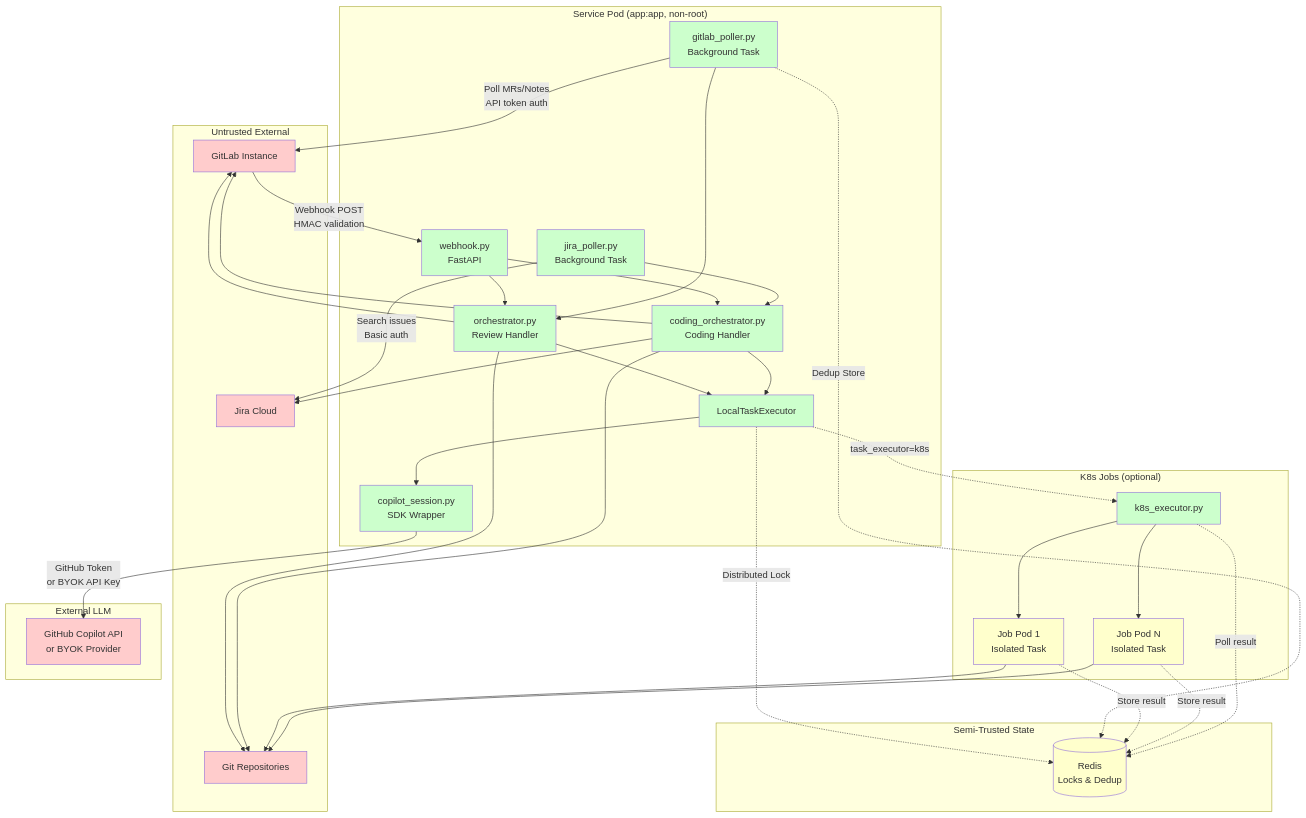
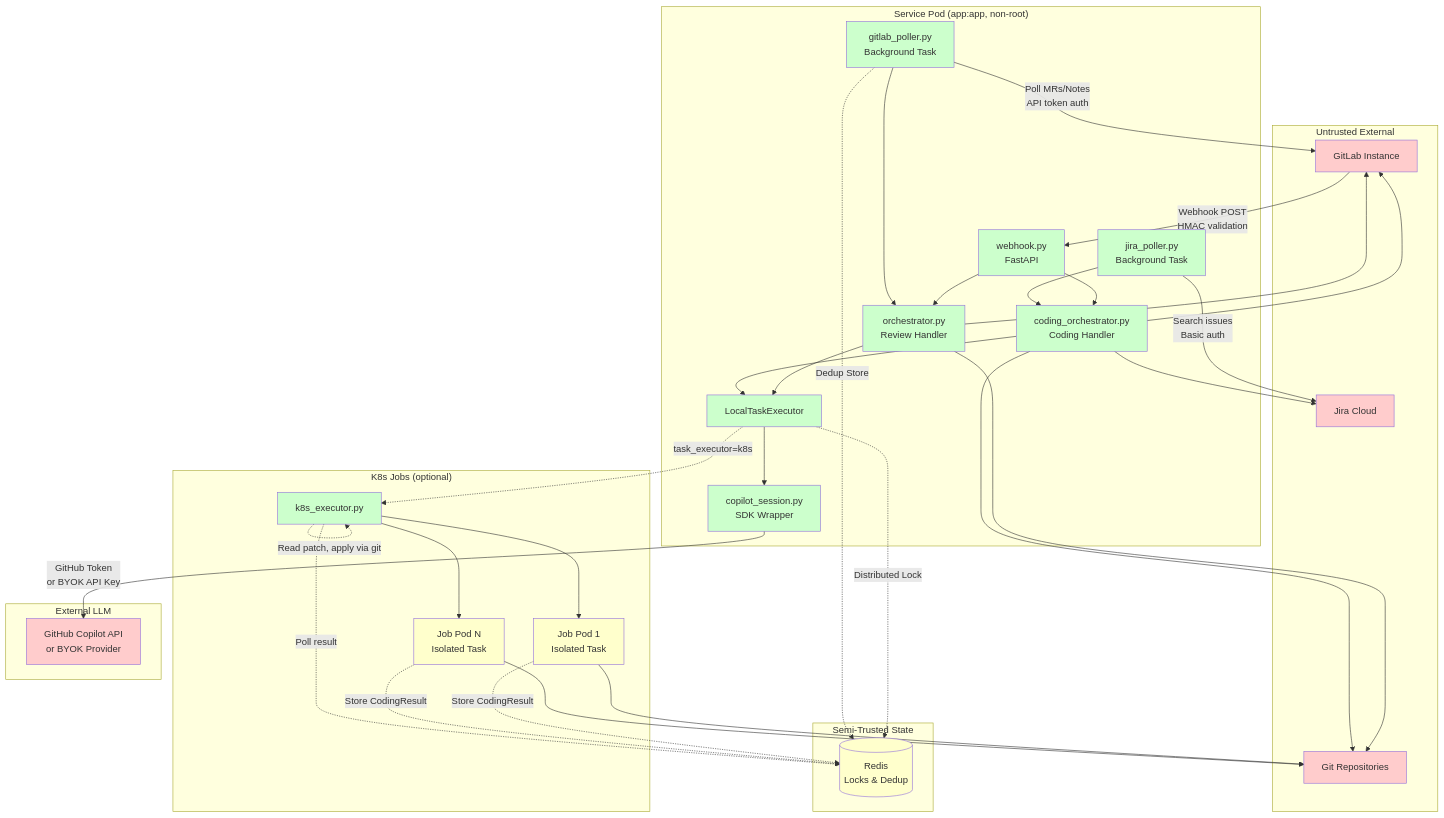
Before and after one commit to peteroden/gitlab-copilot-agent: the diagram in docs/wiki/architecture-overview.md, drawn with Mermaid. The commit also changed other lines of this file and 6 other files, not shown here.

````diff
--- a/docs/wiki/architecture-overview.md
+++ b/docs/wiki/architecture-overview.md
@@ -5,73 +5,74 @@
 ```mermaid
 graph TB
     subgraph "Untrusted External"
         GL[GitLab Instance]
         JIRA[Jira Cloud]
         REPO[Git Repositories]
     end
 
     subgraph "Service Pod (app:app, non-root)"
         WH[webhook.py<br/>FastAPI]
         GLP[gitlab_poller.py<br/>Background Task]
         JP[jira_poller.py<br/>Background Task]
         ORCH[orchestrator.py<br/>Review Handler]
         CODING[coding_orchestrator.py<br/>Coding Handler]
         EXEC[LocalTaskExecutor]
         COPILOT[copilot_session.py<br/>SDK Wrapper]
     end
 
     subgraph "Semi-Trusted State"
         REDIS[(Redis<br/>Locks & Dedup)]
     end
 
     subgraph "K8s Jobs (optional)"
         K8SEXEC[k8s_executor.py]
         JOB1[Job Pod 1<br/>Isolated Task]
         JOB2[Job Pod N<br/>Isolated Task]
     end
 
     subgraph "External LLM"
         GHAPI[GitHub Copilot API<br/>or BYOK Provider]
     end
 
     GL -->|Webhook POST<br/>HMAC validation| WH
     GLP -->|Poll MRs/Notes<br/>API token auth| GL
     JP -->|Search issues<br/>Basic auth| JIRA
 
     WH --> ORCH
     GLP --> ORCH
     WH --> CODING
     JP --> CODING
 
     ORCH --> EXEC
     CODING --> EXEC
     EXEC --> COPILOT
     
     COPILOT -->|GitHub Token<br/>or BYOK API Key| GHAPI
 
     ORCH --> GL
     CODING --> GL
     CODING --> JIRA
 
     EXEC -.->|Distributed Lock| REDIS
     GLP -.->|Dedup Store| REDIS
     
     EXEC -.->|task_executor=k8s| K8SEXEC
     K8SEXEC --> JOB1
     K8SEXEC --> JOB2
-    JOB1 -.->|Store result| REDIS
-    JOB2 -.->|Store result| REDIS
+    JOB1 -.->|Store CodingResult| REDIS
+    JOB2 -.->|Store CodingResult| REDIS
     K8SEXEC -.->|Poll result| REDIS
+    K8SEXEC -.->|Read patch, apply via git| K8SEXEC
 
     ORCH --> REPO
     CODING --> REPO
     JOB1 --> REPO
     JOB2 --> REPO
 
     classDef untrusted fill:#ffcccc
     classDef trusted fill:#ccffcc
     classDef semi fill:#ffffcc
     class GL,JIRA,REPO,GHAPI untrusted
     class WH,GLP,JP,ORCH,CODING,EXEC,COPILOT,K8SEXEC trusted
     class REDIS,JOB1,JOB2 semi
 ```
````
